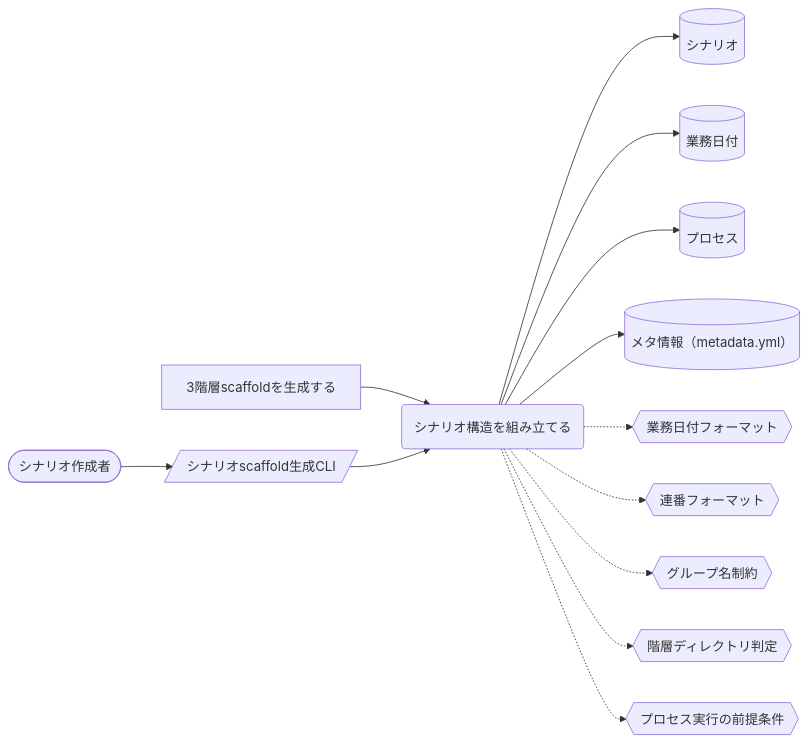
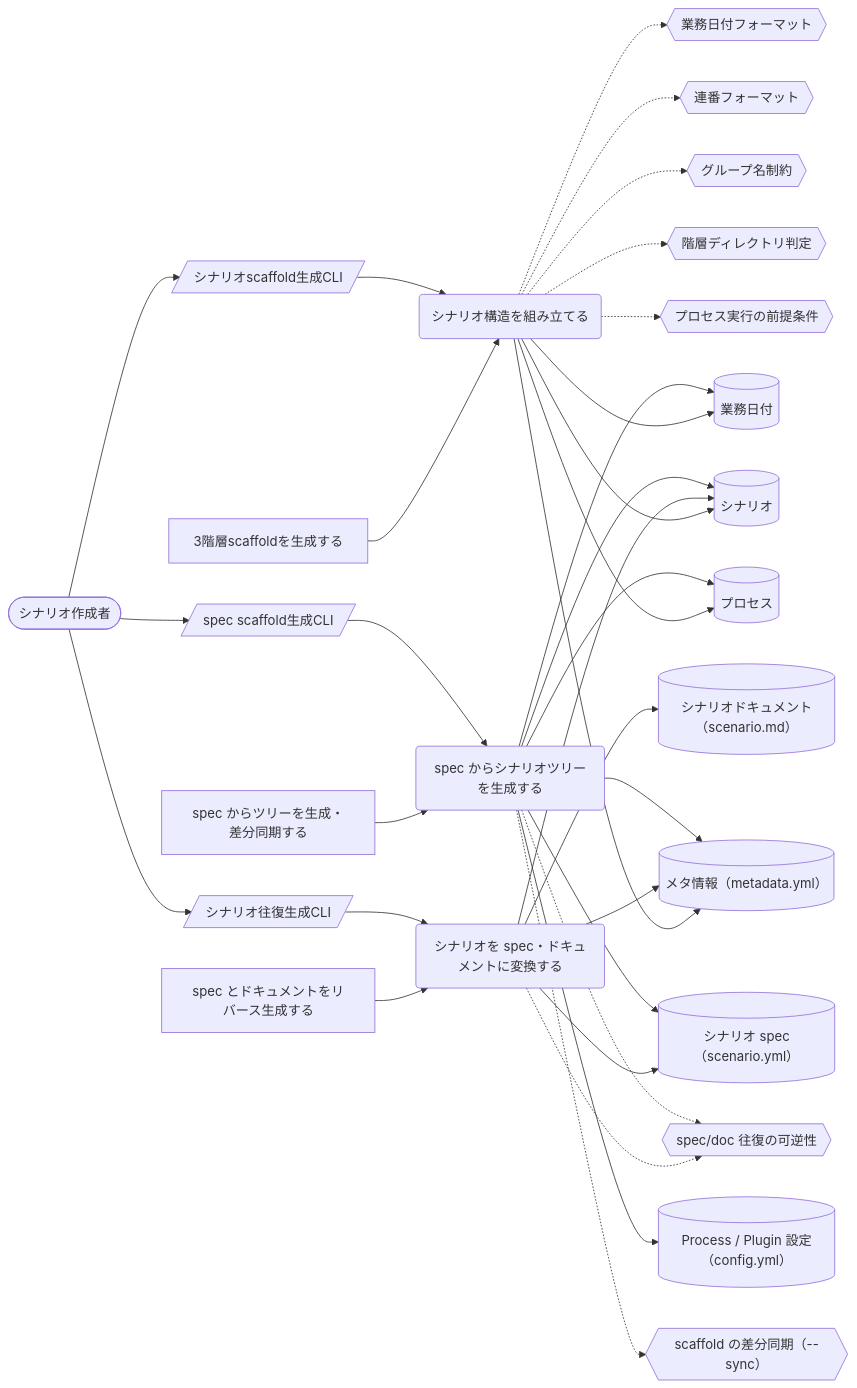
One commit to scenario-test-framework/stfw changed the third of 7 diagrams in docs/rdra/latest/views/04_UC複合図.md. Above: the diagram before and after it, drawn with Mermaid. The commit also changed other lines of this file and 24 other files, not shown here.

````diff
--- a/docs/rdra/latest/views/04_UC複合図.md
+++ b/docs/rdra/latest/views/04_UC複合図.md
@@ -115,28 +115,58 @@
 ```mermaid
 graph LR
   UC1("シナリオ構造を組み立てる")
   AT1["3階層scaffoldを生成する"]
   IF1[("シナリオ")]
   IF2[("業務日付")]
   IF3[("プロセス")]
   IF4[("メタ情報（metadata.yml）")]
   CD1{{"業務日付フォーマット"}}
   CD2{{"連番フォーマット"}}
   CD3{{"グループ名制約"}}
   CD4{{"階層ディレクトリ判定"}}
   CD5{{"プロセス実行の前提条件"}}
   SC1[/"シナリオscaffold生成CLI"/]
   AC1(["シナリオ作成者"])
+  UC2("シナリオを spec・ドキュメントに変換する")
+  AT2["spec とドキュメントをリバース生成する"]
+  IF5[("シナリオ spec（scenario.yml）")]
+  IF6[("シナリオドキュメント（scenario.md）")]
+  CD6{{"spec/doc 往復の可逆性"}}
+  SC2[/"シナリオ往復生成CLI"/]
+  UC3("spec からシナリオツリーを生成する")
+  AT3["spec からツリーを生成・差分同期する"]
+  IF7[("Process / Plugin 設定（config.yml）")]
+  CD7{{"scaffold の差分同期（--sync）"}}
+  SC3[/"spec scaffold生成CLI"/]
   AT1 --> UC1
   UC1 --> IF1
   UC1 --> IF2
   UC1 --> IF3
   UC1 --> IF4
   UC1 -.-> CD1
   UC1 -.-> CD2
   UC1 -.-> CD3
   UC1 -.-> CD4
   UC1 -.-> CD5
   AC1 --> SC1
   SC1 --> UC1
+  AT2 --> UC2
+  UC2 --> IF5
+  UC2 --> IF6
+  UC2 --> IF4
+  UC2 --> IF1
+  UC2 -.-> CD6
+  AC1 --> SC2
+  SC2 --> UC2
+  AT3 --> UC3
+  UC3 --> IF5
+  UC3 --> IF1
+  UC3 --> IF2
+  UC3 --> IF3
+  UC3 --> IF4
+  UC3 --> IF7
+  UC3 -.-> CD7
+  UC3 -.-> CD6
+  AC1 --> SC3
+  SC3 --> UC3
 ```
````
